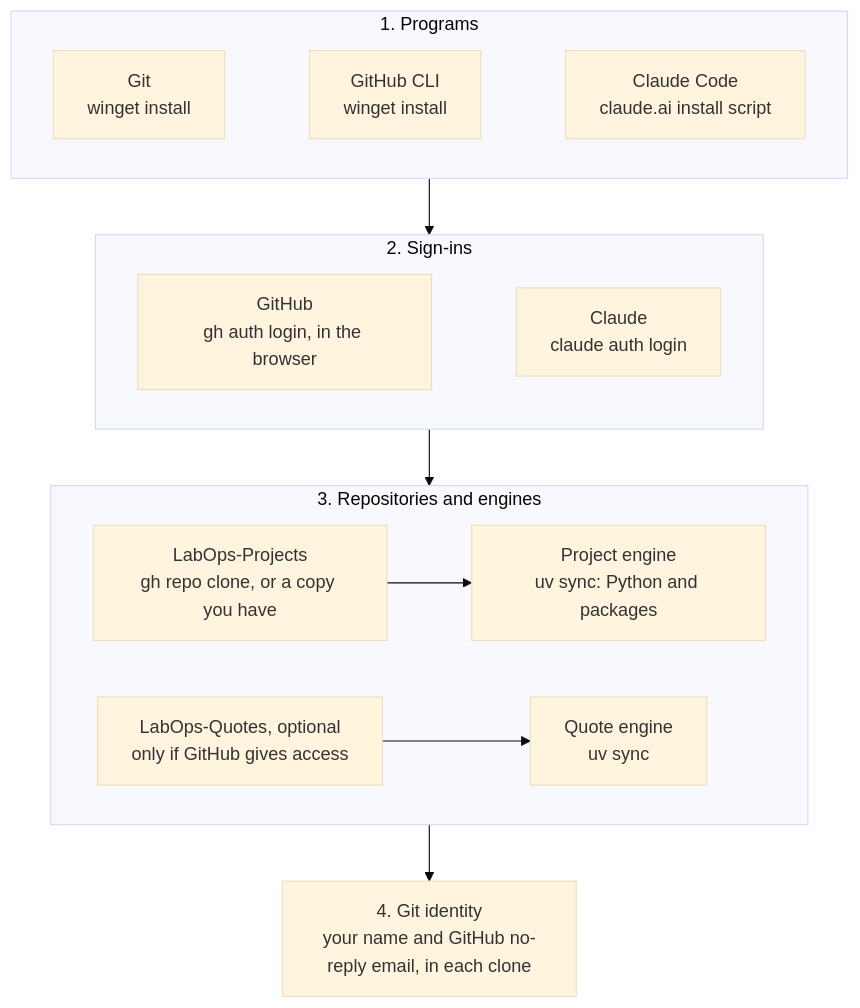
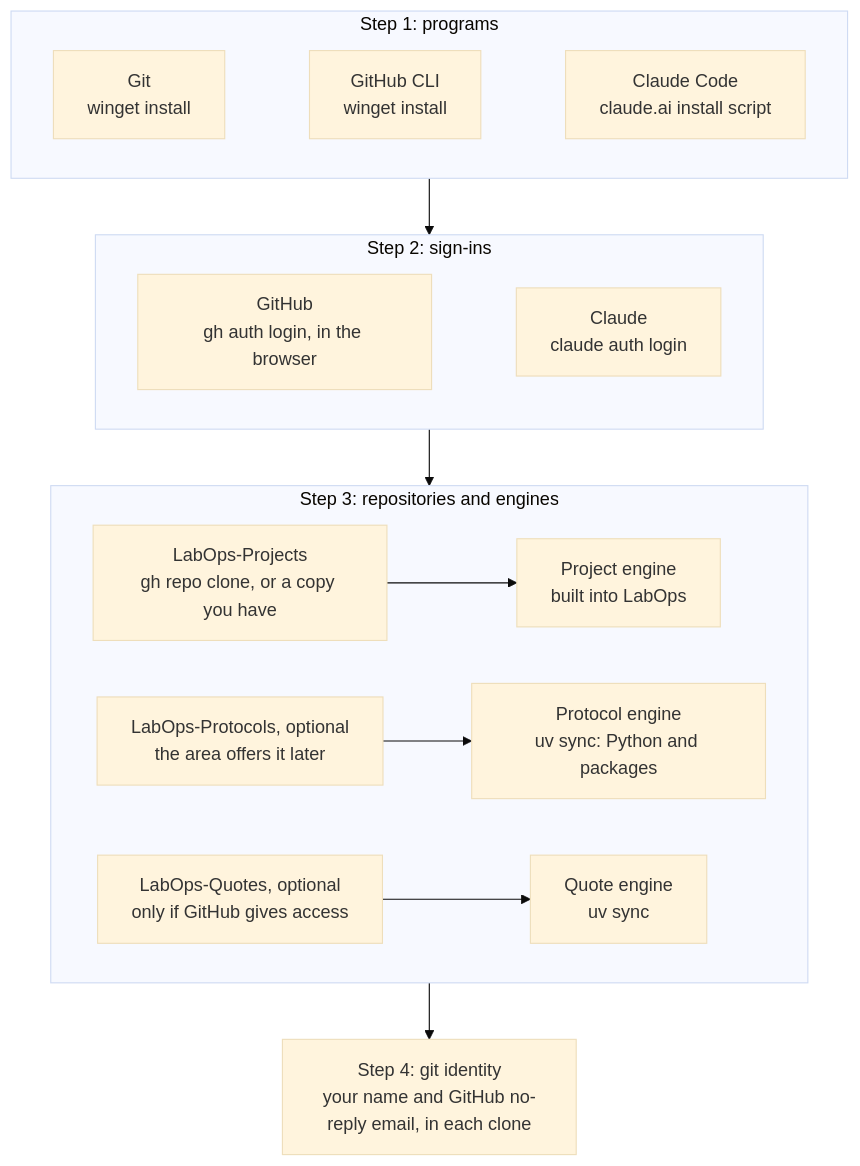
The eighth of 11 diagrams in docs/flows.md (uw-maccosslab/LabOps), drawn with Mermaid (base theme) before and after one commit. The commit also changed other lines of this file and 4 other files, not shown here.

First line of the commit message:
Docs: what LabOps does, the three engines, and updated diagrams

````diff
--- a/docs/flows.md
+++ b/docs/flows.md
@@ -260,18 +263,19 @@
 ```mermaid
 flowchart TB
-    subgraph programs["1. Programs"]
+    subgraph programs["Step 1: programs"]
         direction LR
         gitStep["Git<br/>winget install"] ~~~ ghStep["GitHub CLI<br/>winget install"] ~~~ claudeStep["Claude Code<br/>claude.ai install script"]
     end
-    subgraph signIns["2. Sign-ins"]
+    subgraph signIns["Step 2: sign-ins"]
         direction LR
         ghSign["GitHub<br/>gh auth login, in the browser"] ~~~ claudeSign["Claude<br/>claude auth login"]
     end
-    subgraph repos["3. Repositories and engines"]
+    subgraph repos["Step 3: repositories and engines"]
         direction LR
-        lpClone["LabOps-Projects<br/>gh repo clone, or a copy you have"] --> lpEngine["Project engine<br/>uv sync: Python and packages"]
+        lpClone["LabOps-Projects<br/>gh repo clone, or a copy you have"] --> lpEngine["Project engine<br/>built into LabOps"]
+        prClone["LabOps-Protocols, optional<br/>the area offers it later"] --> prEngine["Protocol engine<br/>uv sync: Python and packages"]
         sqClone["LabOps-Quotes, optional<br/>only if GitHub gives access"] --> sqEngine["Quote engine<br/>uv sync"]
     end
-    identity["4. Git identity<br/>your name and GitHub no-reply email, in each clone"]
+    identity["Step 4: git identity<br/>your name and GitHub no-reply email, in each clone"]
     programs --> signIns --> repos --> identity
 ```
````
